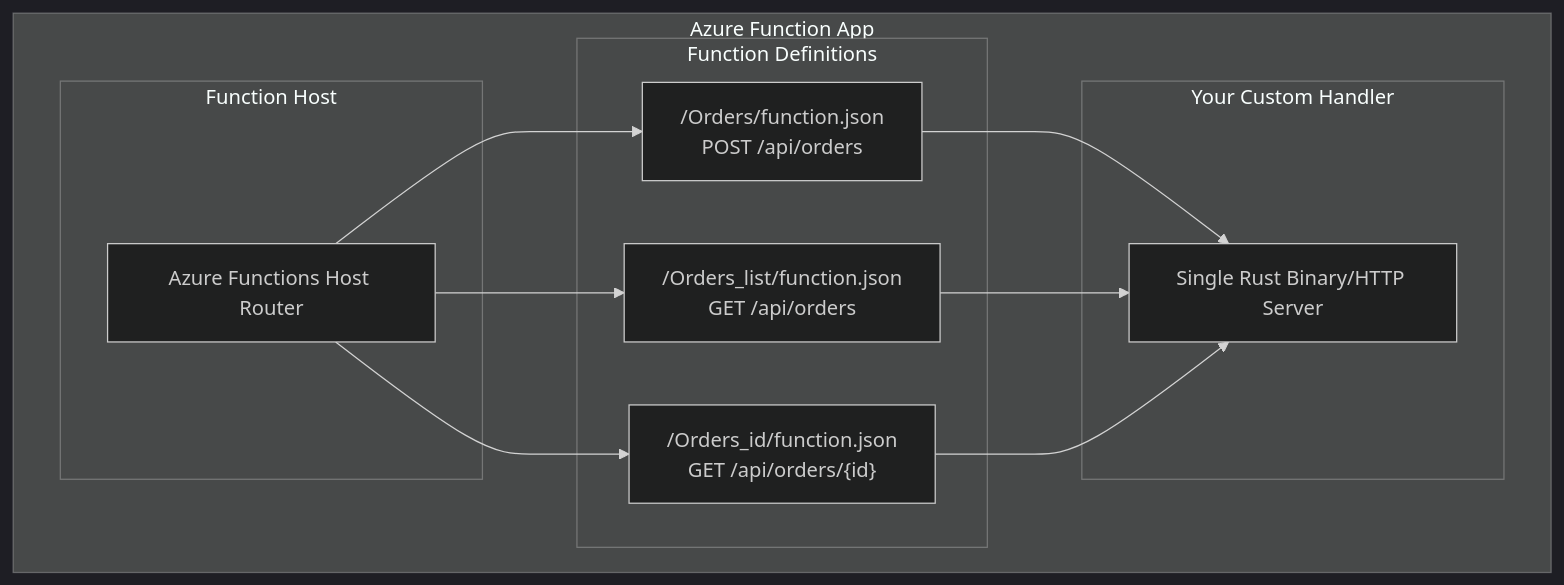
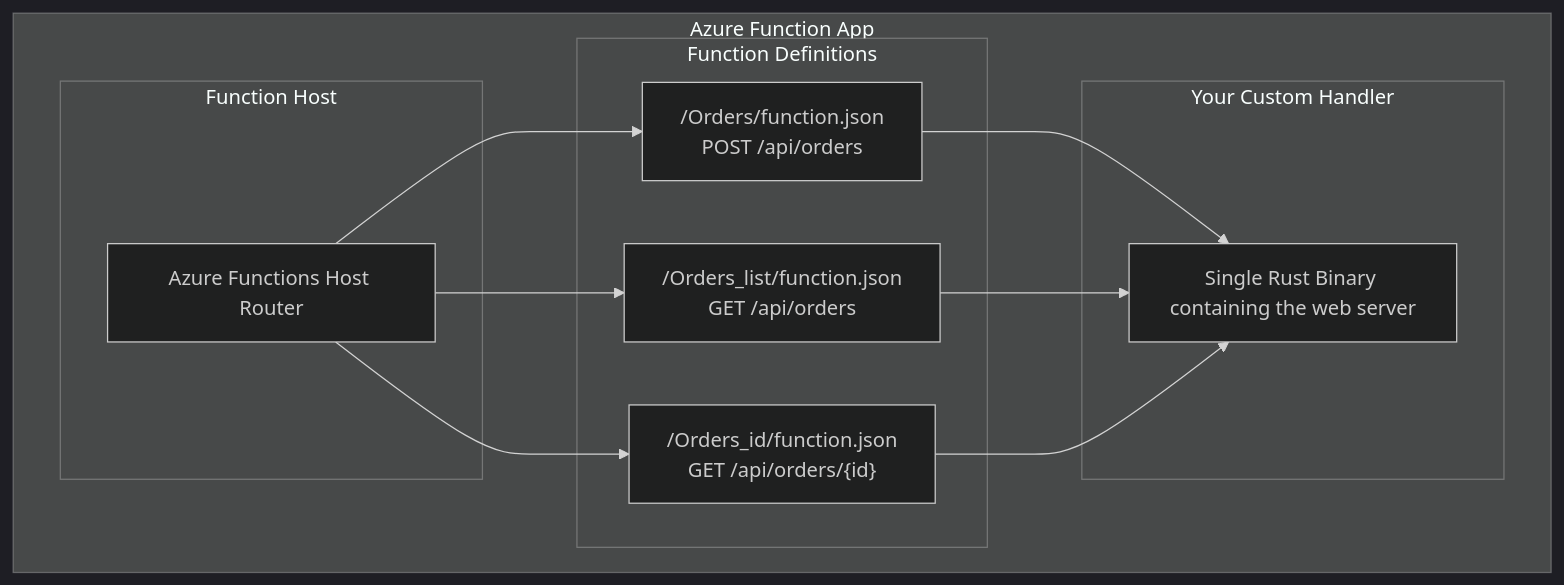
Before and after one commit to shinglyu/shinglyu.github.io: the diagram in _drafts/serverless-rust-azure-database-integration.md, drawn with Mermaid (dark theme). The commit also changed other lines of this file and 2 other files, not shown here.

Commit message:
Add images for business case and cake ordering system in serverless Rust tutorial, finished review

````diff
--- a/_drafts/serverless-rust-azure-database-integration.md
+++ b/_drafts/serverless-rust-azure-database-integration.md
@@ -60,23 +64,23 @@
 ```mermaid
 flowchart TB
     subgraph "Azure Function App"
         subgraph "Function Host"
             Router[Azure Functions Host Router]
         end
         subgraph "Your Custom Handler"
-            Binary[Single Rust Binary/HTTP Server]
+            Binary[Single Rust Binary containing the web server]
         end
         subgraph "Function Definitions"
             F1["/Orders/function.json<br/>POST /api/orders"]
             F2["/Orders_list/function.json<br/>GET /api/orders"]
             F3["/Orders_id/function.json<br/>GET /api/orders/{id}"]
         end
     end
     
     Router --> F1
     Router --> F2 
     Router --> F3
     F1 --> Binary
     F2 --> Binary
     F3 --> Binary
 ```
````
